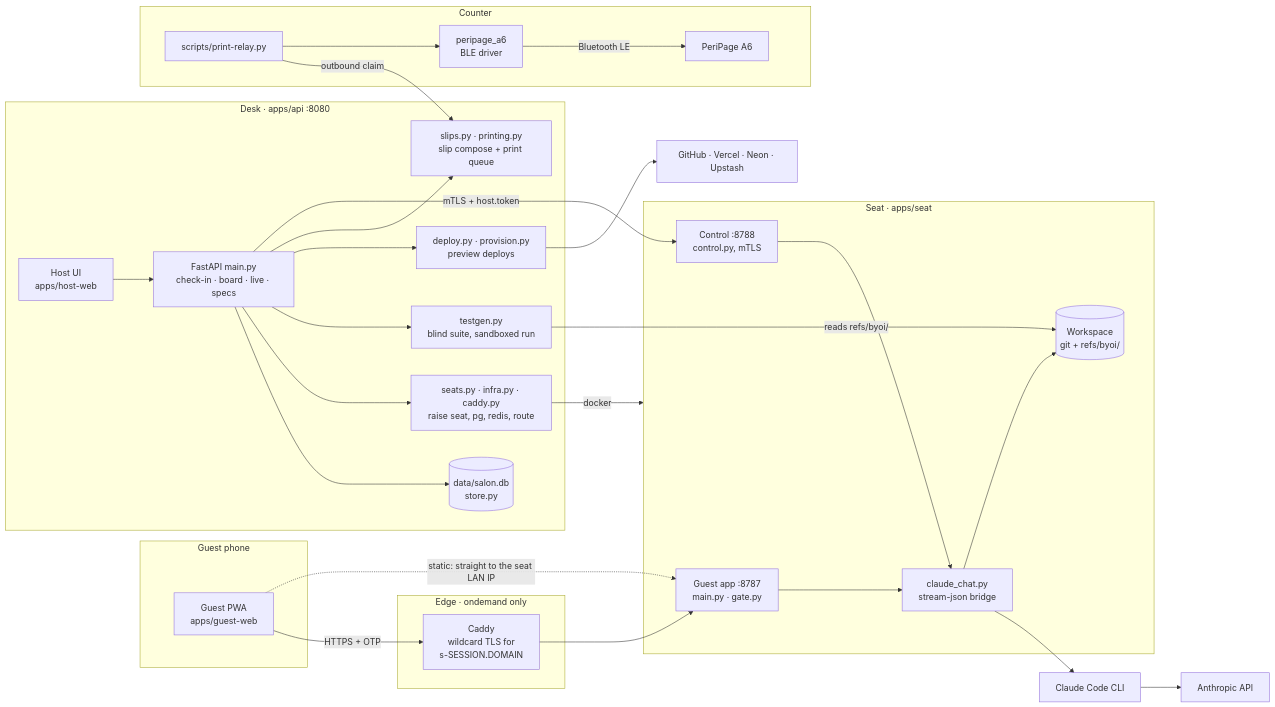
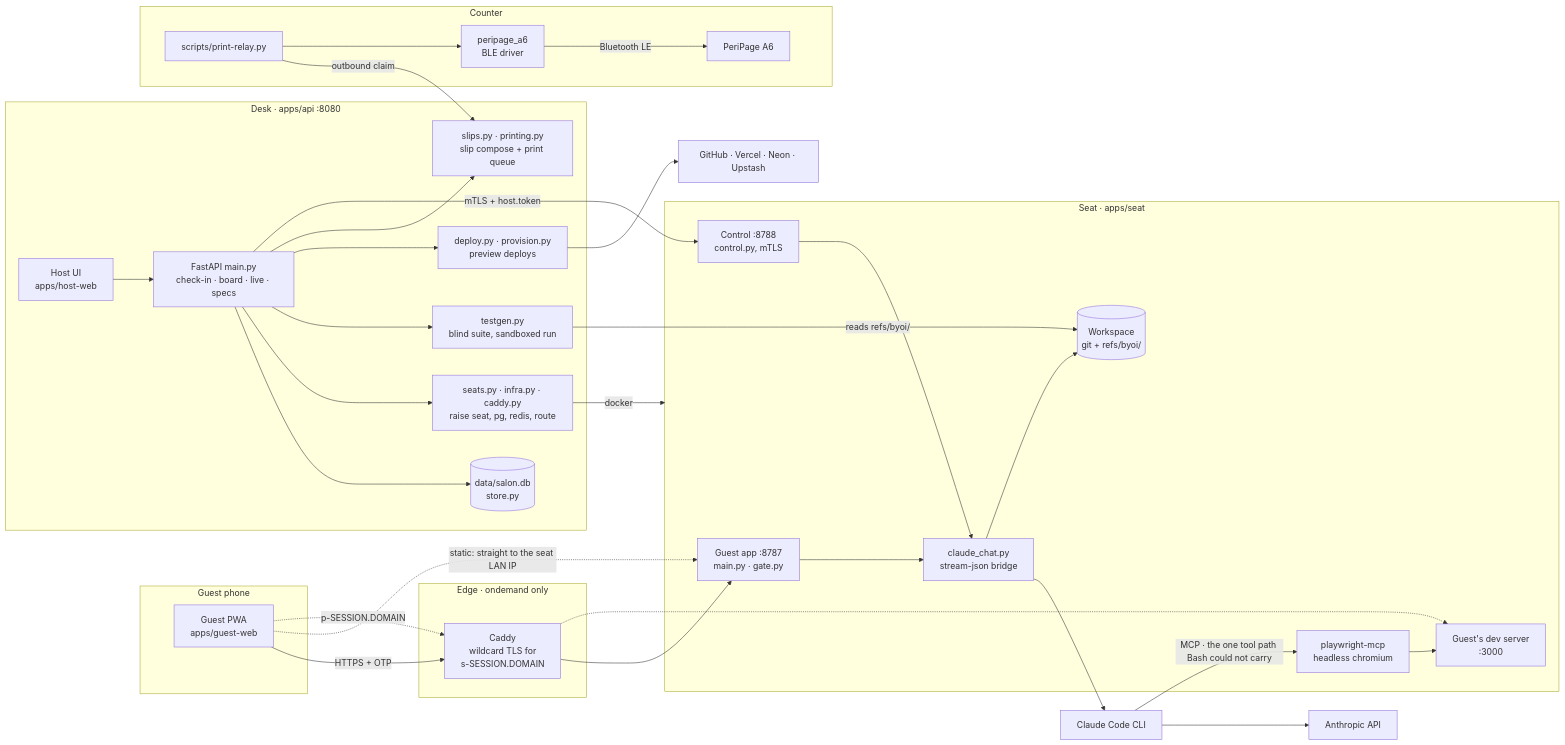
The first of 2 diagrams in README.md (boscojacinto/byoi), drawn with Mermaid before and after one commit. The commit also changed other lines of this file and 15 other files, not shown here.

````diff
--- a/README.md
+++ b/README.md
@@ -32,59 +34,65 @@
 ```mermaid
 flowchart LR
   subgraph Phone["Guest phone"]
     PWA["Guest PWA<br/>apps/guest-web"]
   end
 
   subgraph Edge["Edge · ondemand only"]
     CADDY["Caddy<br/>wildcard TLS for<br/>s-SESSION.DOMAIN"]
   end
 
   subgraph Desk["Desk · apps/api :8080"]
     HOSTUI["Host UI<br/>apps/host-web"]
     DESKAPI["FastAPI main.py<br/>check-in · board · live · specs"]
     STORE[("data/salon.db<br/>store.py")]
     SEATSVC["seats.py · infra.py · caddy.py<br/>raise seat, pg, redis, route"]
     GRADE["testgen.py<br/>blind suite, sandboxed run"]
     DEPLOY["deploy.py · provision.py<br/>preview deploys"]
     QUEUE["slips.py · printing.py<br/>slip compose + print queue"]
   end
 
   subgraph Seat["Seat · apps/seat"]
     GUEST["Guest app :8787<br/>main.py · gate.py"]
     CTRL["Control :8788<br/>control.py, mTLS"]
     CHAT["claude_chat.py<br/>stream-json bridge"]
+    BROWSER["playwright-mcp<br/>headless chromium"]
+    DEV["Guest's dev server<br/>:3000"]
     WSPACE[("Workspace<br/>git + refs/byoi/")]
   end
 
   subgraph Counter["Counter"]
     RELAY["scripts/print-relay.py"]
     DRIVER["peripage_a6<br/>BLE driver"]
     PRINTER["PeriPage A6"]
   end
 
   CC["Claude Code CLI"]
   ANTH["Anthropic API"]
   VENDORS["GitHub · Vercel · Neon · Upstash"]
 
   PWA -->|"HTTPS + OTP"| CADDY
   CADDY --> GUEST
   PWA -.->|"static: straight to the seat LAN IP"| GUEST
   HOSTUI --> DESKAPI
   DESKAPI --> STORE
   DESKAPI --> SEATSVC
   DESKAPI --> GRADE
   DESKAPI --> DEPLOY
   DESKAPI --> QUEUE
   SEATSVC -->|"docker"| Seat
   DESKAPI -->|"mTLS + host.token"| CTRL
   CTRL --> CHAT
   GUEST --> CHAT
   CHAT --> CC
   CC --> ANTH
+  CC -->|"MCP · the one tool path Bash could not carry"| BROWSER
+  BROWSER --> DEV
+  PWA -.->|"p-SESSION.DOMAIN"| CADDY
+  CADDY -.-> DEV
   CHAT --> WSPACE
   GRADE -->|"reads refs/byoi/"| WSPACE
   DEPLOY --> VENDORS
   RELAY -->|"outbound claim"| QUEUE
   RELAY --> DRIVER
   DRIVER -->|"Bluetooth LE"| PRINTER
 ```
````
